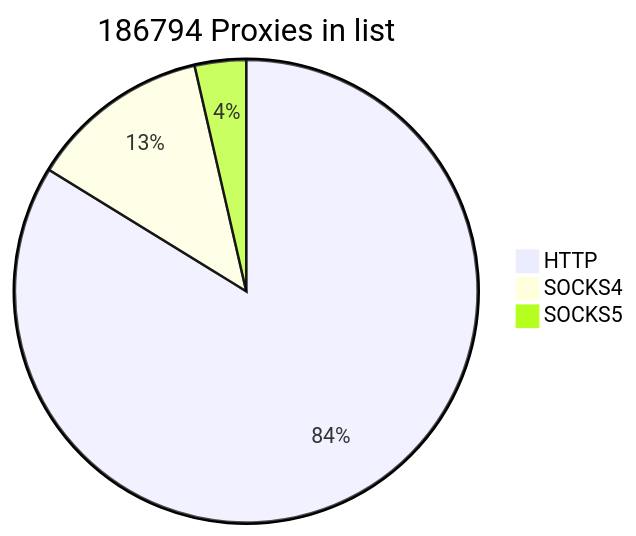
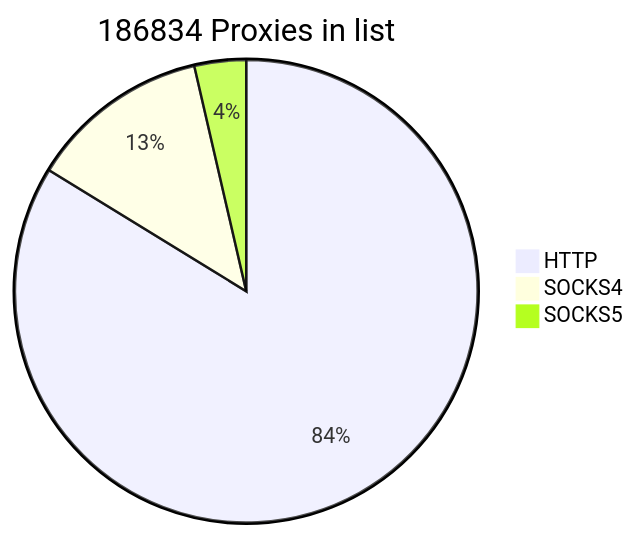
The first of 2 diagrams in README.md (cutipu/proxylist), drawn with Mermaid before and after one commit. The commit also changed other lines of this file, not shown here.

````diff
--- a/README.md
+++ b/README.md
@@ -2,7 +2,7 @@
 ```mermaid
-pie title 186794 Proxies in list
-    "HTTP" : 156501
-    "SOCKS4" : 23594
-    "SOCKS5" : 6699
+pie title 186834 Proxies in list
+    "HTTP" : 156502
+    "SOCKS4" : 23591
+    "SOCKS5" : 6741
             
 ```
````
